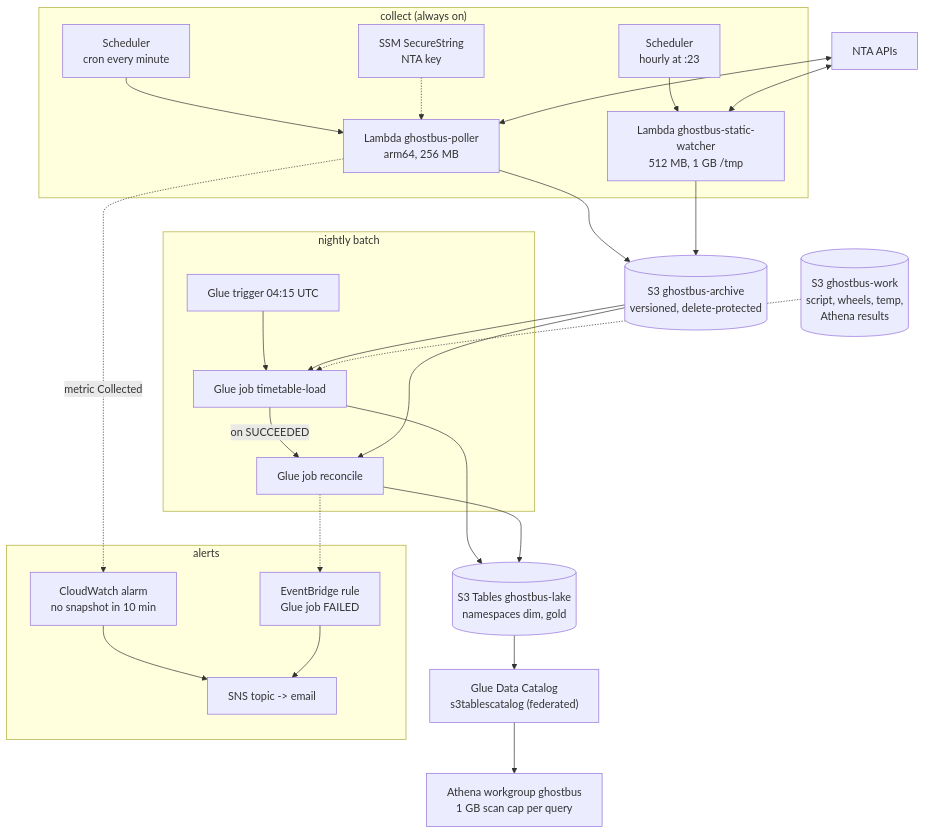
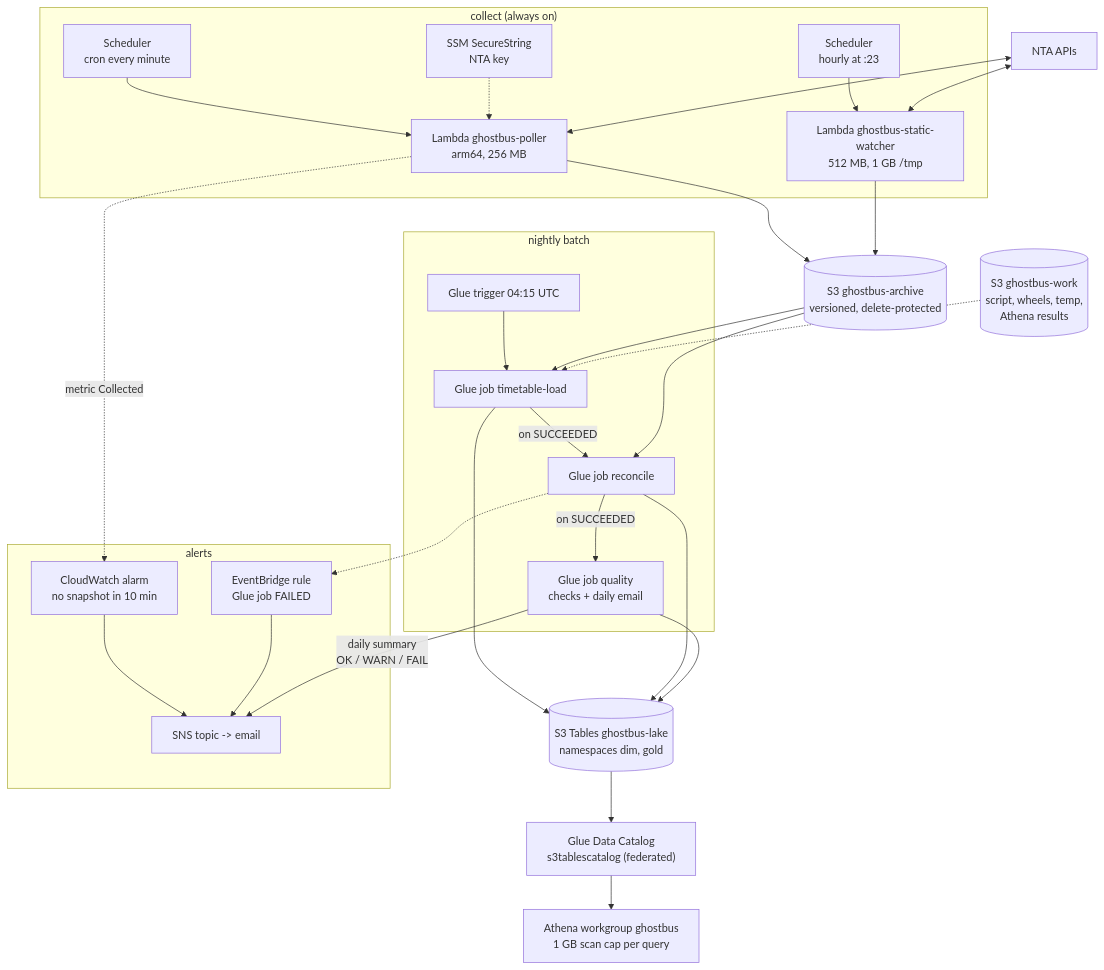
One commit to IronNathanAlvares/ghost-bus-radar changed the first of 4 diagrams in docs/diagrams/06-cloud.md. Above: the diagram before and after it, drawn with Mermaid. The commit also changed 14 other files, not shown here.

````diff
--- a/docs/diagrams/06-cloud.md
+++ b/docs/diagrams/06-cloud.md
@@ -12,33 +12,36 @@
 ```mermaid
 flowchart TB
     subgraph COLLECT["collect (always on)"]
         S1["Scheduler<br/>cron every minute"] --> L1["Lambda ghostbus-poller<br/>arm64, 256 MB"]
         S2["Scheduler<br/>hourly at :23"] --> L2["Lambda ghostbus-static-watcher<br/>512 MB, 1 GB /tmp"]
         SSM["SSM SecureString<br/>NTA key"] -.-> L1
     end
     NTA["NTA APIs"] <--> L1
     NTA <--> L2
     L1 --> ARC[("S3 ghostbus-archive<br/>versioned, delete-protected")]
     L2 --> ARC
 
     subgraph BATCH["nightly batch"]
         TR["Glue trigger 04:15 UTC"] --> J1["Glue job timetable-load"]
         J1 -->|"on SUCCEEDED"| J2["Glue job reconcile"]
+        J2 -->|"on SUCCEEDED"| J3["Glue job quality<br/>checks + daily email"]
     end
     ARC --> J1
     ARC --> J2
     WORK[("S3 ghostbus-work<br/>script, wheels, temp,<br/>Athena results")] -.-> J1
     J1 --> ST[("S3 Tables ghostbus-lake<br/>namespaces dim, gold")]
     J2 --> ST
     ST --> CAT["Glue Data Catalog<br/>s3tablescatalog (federated)"] --> ATH["Athena workgroup ghostbus<br/>1 GB scan cap per query"]
 
     subgraph OBS["alerts"]
         CWM["CloudWatch alarm<br/>no snapshot in 10 min"]
         EVB["EventBridge rule<br/>Glue job FAILED"]
         SNS["SNS topic -> email"]
         CWM --> SNS
         EVB --> SNS
     end
     L1 -.->|"metric Collected"| CWM
     J2 -.-> EVB
+    J3 --> ST
+    J3 -->|"daily summary<br/>OK / WARN / FAIL"| SNS
 ```
````
